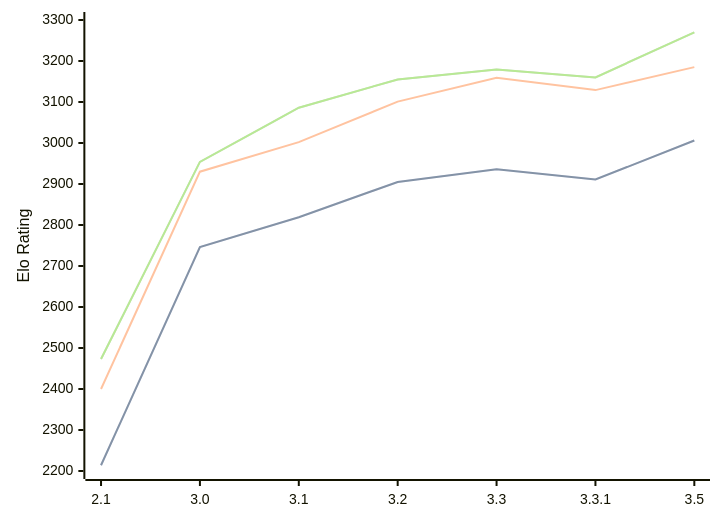
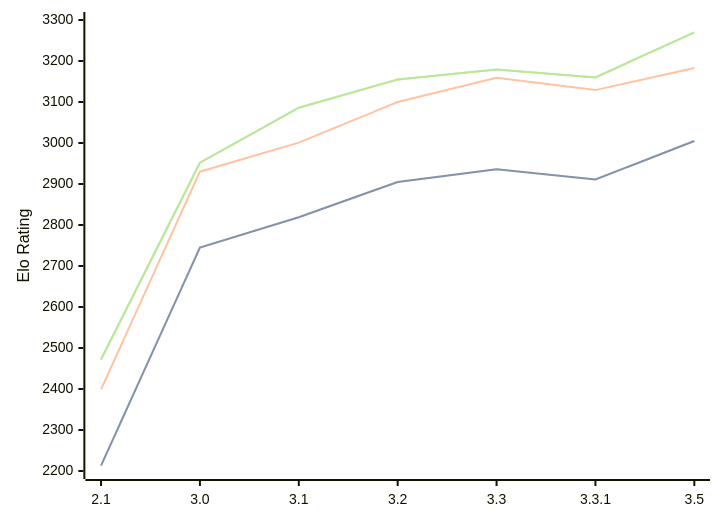
One commit to computer-chess-index/cci changed the first of 3 diagrams in engines/Petrel.md. Above: the diagram before and after it, drawn with Mermaid. The commit also changed other lines of this file, not shown here.

Commit message:
Update CCI Ratings (ELO VLTC) - 2026-06-26

````diff
--- a/engines/Petrel.md
+++ b/engines/Petrel.md
@@ -46,11 +46,11 @@
 ```mermaid
 %%{init: {"theme":"base","themeVariables":{"seriesColors:['#a3a3a3','#222221','#faa371']}}}%%
 xychart-beta
   x-axis ["2.1", "3.0", "3.1", "3.2", "3.3", "3.3.1", "3.5"]
   y-axis "Elo Rating" 2200 --> 3300
-  line "STC (8.0+0.08s)" [2214, 2746, 2819, 2905, 2936, 2911, 3006]
-  line "STC (8.0+0.08s)" [2214, 2746, 2819, 2905, 2936, 2911, 3006]
-  line "LTC (60.0+0.60s)" [2400, 2930, 3002, 3101, 3159, 3129, 3185]
-  line "VLTC (2m24s+1.12s)" [2473, 2954, 3086, 3155, 3179, 3160, 3270]
-  line "VLTC (2m24s+1.12s)" [2473, 2954, 3086, 3155, 3179, 3160, 3270]
+  line "STC (8.0+0.08s)" [2213, 2745, 2819, 2905, 2936, 2911, 3005]
+  line "STC (8.0+0.08s)" [2213, 2745, 2819, 2905, 2936, 2911, 3005]
+  line "LTC (60.0+0.60s)" [2399, 2930, 3001, 3100, 3159, 3129, 3183]
+  line "VLTC (2m24s+1.12s)" [2472, 2952, 3086, 3155, 3179, 3160, 3270]
+  line "VLTC (2m24s+1.12s)" [2472, 2952, 3086, 3155, 3179, 3160, 3270]
 ```
````
